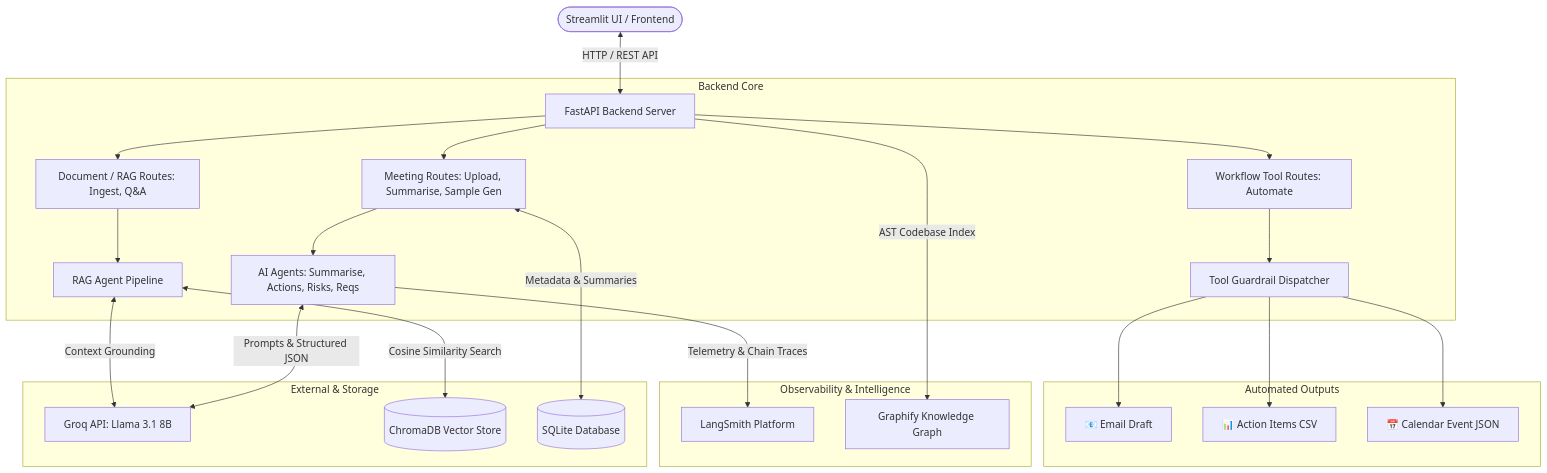
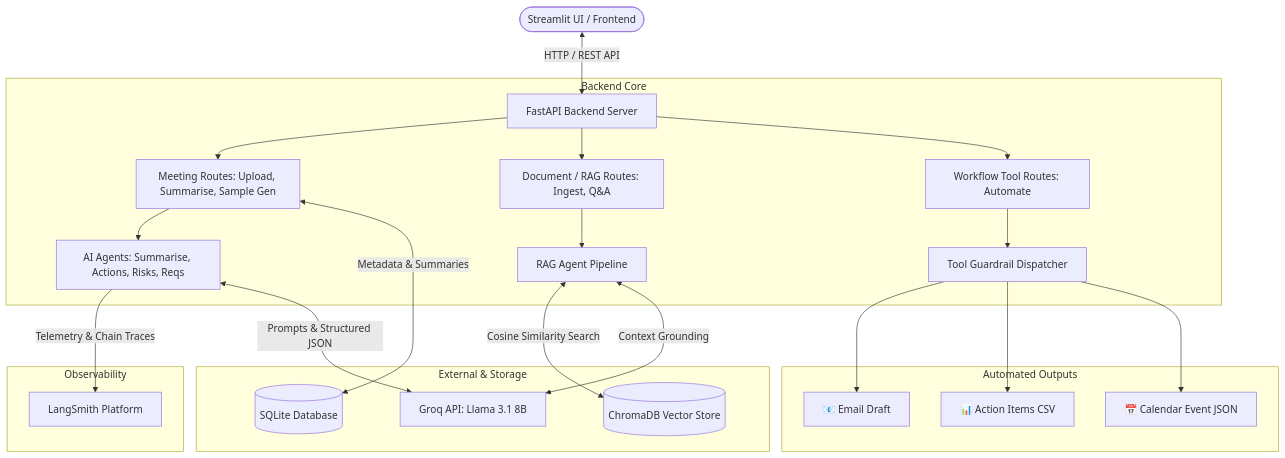
Before and after one commit to sudo-hrmn/Meeting-to-Action-Agent: the diagram in README.md, drawn with Mermaid. The commit also changed other lines of this file, not shown here.

Commit message:
docs: Remove Graphify from Architecture and Tech Stack in README

````diff
--- a/README.md
+++ b/README.md
@@ -59,32 +59,31 @@
 ```mermaid
 graph TD
     Client([Streamlit UI / Frontend]) <-->|HTTP / REST API| FastAPI[FastAPI Backend Server]
 
     subgraph Backend Core
         FastAPI --> MeetingRoute[Meeting Routes: Upload, Summarise, Sample Gen]
         FastAPI --> DocRoute[Document / RAG Routes: Ingest, Q&A]
         FastAPI --> ToolRoute[Workflow Tool Routes: Automate]
         
         MeetingRoute --> Agents[AI Agents: Summarise, Actions, Risks, Reqs]
         DocRoute --> RAG[RAG Agent Pipeline]
         ToolRoute --> Dispatcher[Tool Guardrail Dispatcher]
     end
 
-    subgraph Observability & Intelligence
+    subgraph Observability
         Agents -->|Telemetry & Chain Traces| LangSmith[LangSmith Platform]
-        FastAPI -->|AST Codebase Index| Graphify[Graphify Knowledge Graph]
     end
 
     subgraph External & Storage
         Agents <-->|Prompts & Structured JSON| Groq[Groq API: Llama 3.1 8B]
         RAG <-->|Cosine Similarity Search| Chroma[(ChromaDB Vector Store)]
         RAG <-->|Context Grounding| Groq
         MeetingRoute <-->|Metadata & Summaries| SQLite[(SQLite Database)]
     end
 
     subgraph Automated Outputs
         Dispatcher --> Email[📧 Email Draft]
         Dispatcher --> CSV[📊 Action Items CSV]
         Dispatcher --> Calendar[📅 Calendar Event JSON]
     end
 ```
````
